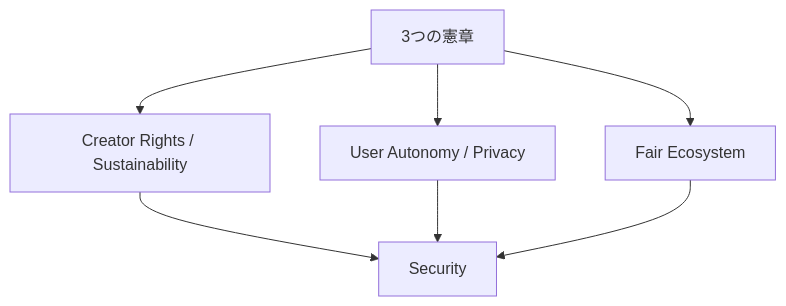
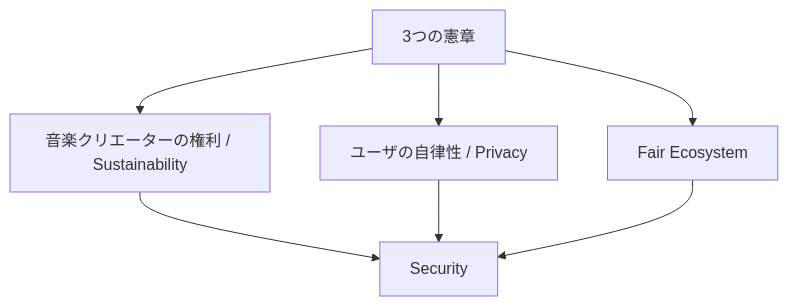
Before and after one commit to ShigeichiroYamasaki/creator-first-platform: diagram 46 of 48 in docs/whitepaper/10-security.md, drawn with Mermaid. The commit also changed other lines of this file and 67 other files, not shown here.

````diff
--- a/docs/whitepaper/10-security.md
+++ b/docs/whitepaper/10-security.md
@@ -1466,12 +1466,12 @@
 ```mermaid
 flowchart TD
     CONST[3つの憲章]
 
-    CONST --> CREATOR[Creator Rights / Sustainability]
-    CONST --> USER[User Autonomy / Privacy]
+    CONST --> CREATOR[音楽クリエーターの権利 / Sustainability]
+    CONST --> USER[ユーザの自律性 / Privacy]
     CONST --> FAIR[Fair Ecosystem]
 
     CREATOR --> SECURITY[Security]
     USER --> SECURITY
     FAIR --> SECURITY
 ```
````
